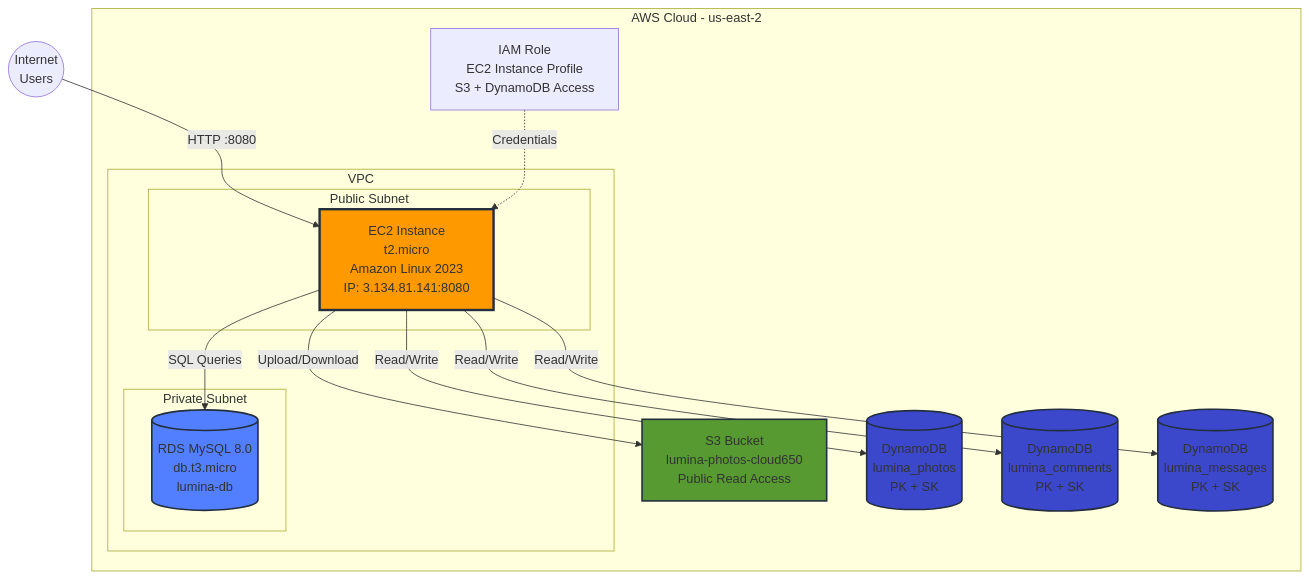
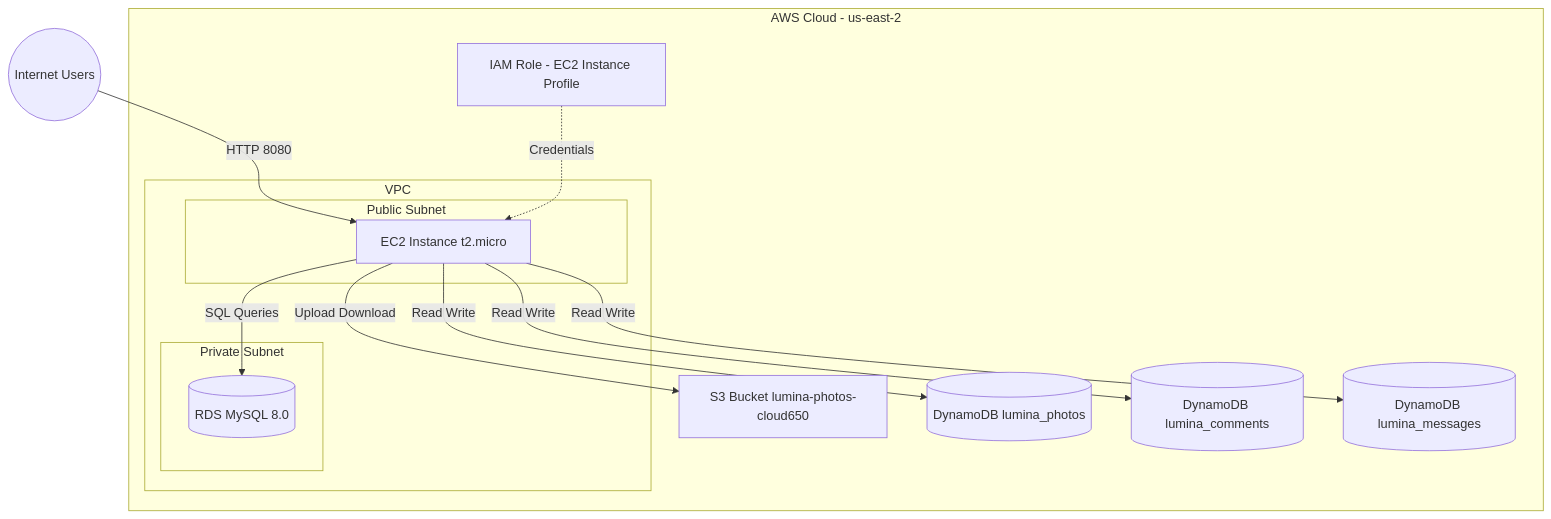
One commit to premalshah999/Cloud607_Final_Project changed the first of 10 diagrams in ARCHITECTURE_DIAGRAMS.md. Above: the diagram before and after it, drawn with Mermaid. The commit also changed other lines of this file, not shown here.

Commit message:
Fix Mermaid diagram syntax errors - remove br tags, fix subgraph names, fix stateDiagram notes

````diff
--- a/ARCHITECTURE_DIAGRAMS.md
+++ b/ARCHITECTURE_DIAGRAMS.md
@@ -23,39 +23,32 @@
 ```mermaid
 graph TB
-    subgraph "AWS Cloud - us-east-2"
-        subgraph "VPC"
-            subgraph "Public Subnet"
-                EC2[EC2 Instance<br/>t2.micro<br/>Amazon Linux 2023<br/>IP: 3.134.81.141:8080]
+    subgraph AWS_Cloud["AWS Cloud - us-east-2"]
+        subgraph VPC["VPC"]
+            subgraph Public_Subnet["Public Subnet"]
+                EC2["EC2 Instance t2.micro"]
             end
             
-            subgraph "Private Subnet"
-                RDS[(RDS MySQL 8.0<br/>db.t3.micro<br/>lumina-db)]
+            subgraph Private_Subnet["Private Subnet"]
+                RDS[("RDS MySQL 8.0")]
             end
         end
         
-        S3[S3 Bucket<br/>lumina-photos-cloud650<br/>Public Read Access]
+        S3["S3 Bucket lumina-photos-cloud650"]
         
-        DDB1[(DynamoDB<br/>lumina_photos<br/>PK + SK)]
-        DDB2[(DynamoDB<br/>lumina_comments<br/>PK + SK)]
-        DDB3[(DynamoDB<br/>lumina_messages<br/>PK + SK)]
+        DDB1[("DynamoDB lumina_photos")]
+        DDB2[("DynamoDB lumina_comments")]
+        DDB3[("DynamoDB lumina_messages")]
         
-        IAM[IAM Role<br/>EC2 Instance Profile<br/>S3 + DynamoDB Access]
+        IAM["IAM Role - EC2 Instance Profile"]
     end
     
-    Internet((Internet<br/>Users))
+    Internet(("Internet Users"))
     
-    Internet -->|HTTP :8080| EC2
+    Internet -->|HTTP 8080| EC2
     EC2 -->|SQL Queries| RDS
-    EC2 -->|Upload/Download| S3
-    EC2 -->|Read/Write| DDB1
-    EC2 -->|Read/Write| DDB2
-    EC2 -->|Read/Write| DDB3
+    EC2 -->|Upload Download| S3
+    EC2 -->|Read Write| DDB1
+    EC2 -->|Read Write| DDB2
+    EC2 -->|Read Write| DDB3
     IAM -.->|Credentials| EC2
-    
-    style EC2 fill:#ff9900,stroke:#232f3e,stroke-width:3px
-    style RDS fill:#527fff,stroke:#232f3e,stroke-width:2px
-    style S3 fill:#569a31,stroke:#232f3e,stroke-width:2px
-    style DDB1 fill:#3b48cc,stroke:#232f3e,stroke-width:2px
-    style DDB2 fill:#3b48cc,stroke:#232f3e,stroke-width:2px
-    style DDB3 fill:#3b48cc,stroke:#232f3e,stroke-width:2px
 ```
````
